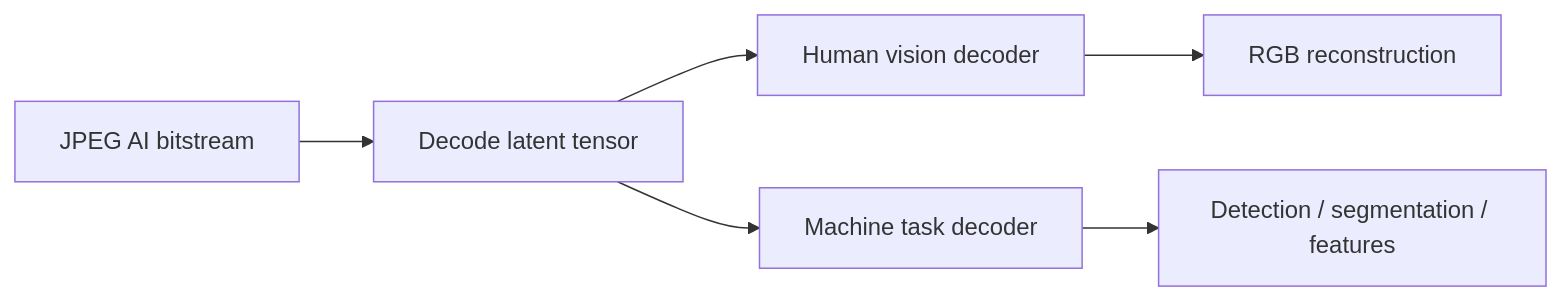
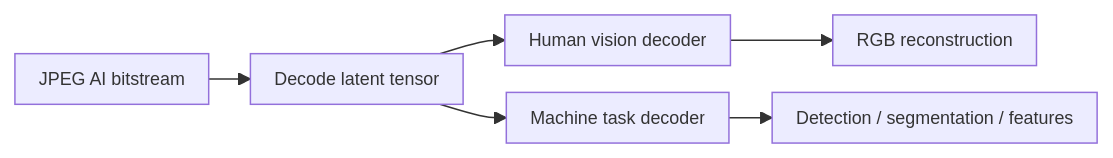
Diagram 14 of 31 in First Year/Second Semester/Multimedia Communications/Summaries/Multimedia Communications - Complete Notes.md (alessandro-vulcu-code/ICT2025), drawn with Mermaid before and after one commit. The commit also changed other lines of this file and 582 other files, not shown here.

````diff
--- a/First Year/Second Semester/Multimedia Communications/Summaries/Multimedia Communications - Complete Notes.md
+++ b/First Year/Second Semester/Multimedia Communications/Summaries/Multimedia Communications - Complete Notes.md
@@ -3890,8 +3870,9 @@
 ```mermaid
+%%{init: {"flowchart": {"useMaxWidth": true, "htmlLabels": false, "nodeSpacing": 18, "rankSpacing": 28, "padding": 8}, "themeVariables": {"fontSize": "12px"}}}%%
 flowchart LR
-    A[JPEG AI bitstream] --> B[Decode latent tensor]
-    B --> C[Human vision decoder]
-    B --> D[Machine task decoder]
-    C --> E[RGB reconstruction]
-    D --> F[Detection / segmentation / features]
+    A["JPEG AI bitstream"] --> B["Decode latent tensor"]
+    B --> C["Human vision decoder"]
+    B --> D["Machine task decoder"]
+    C --> E["RGB reconstruction"]
+    D --> F["Detection / segmentation / features"]
 ```
````
